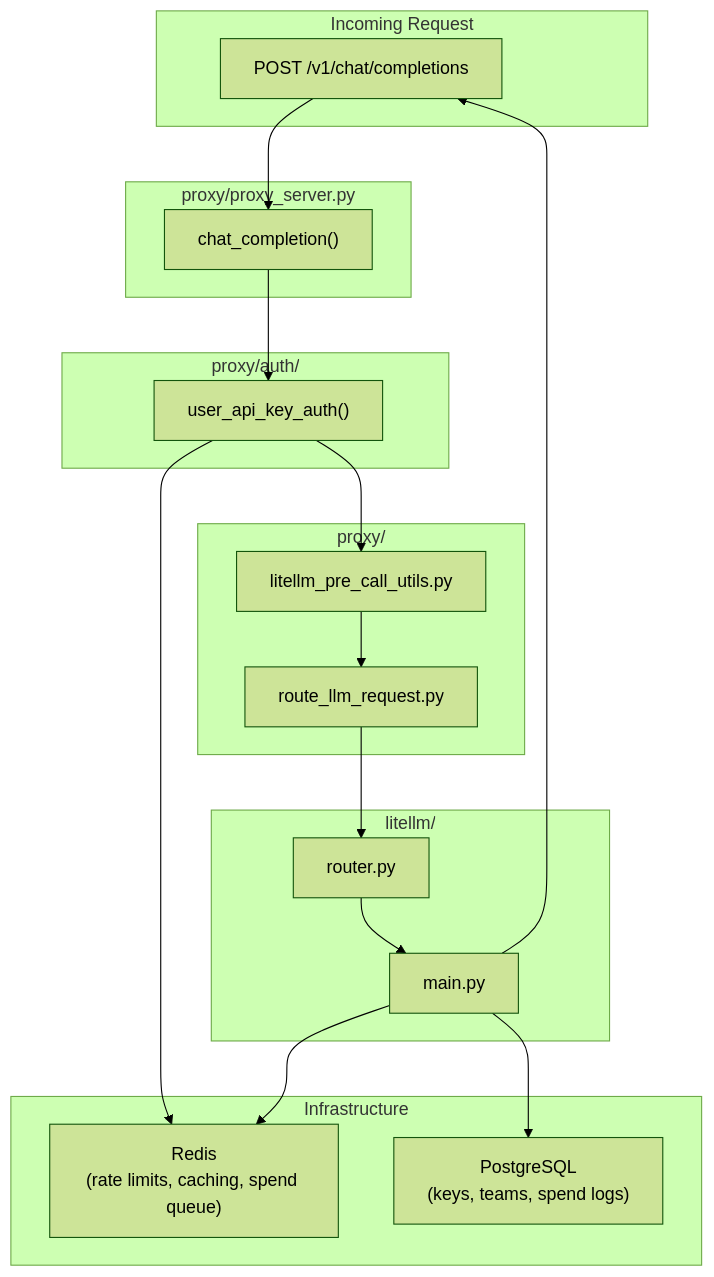
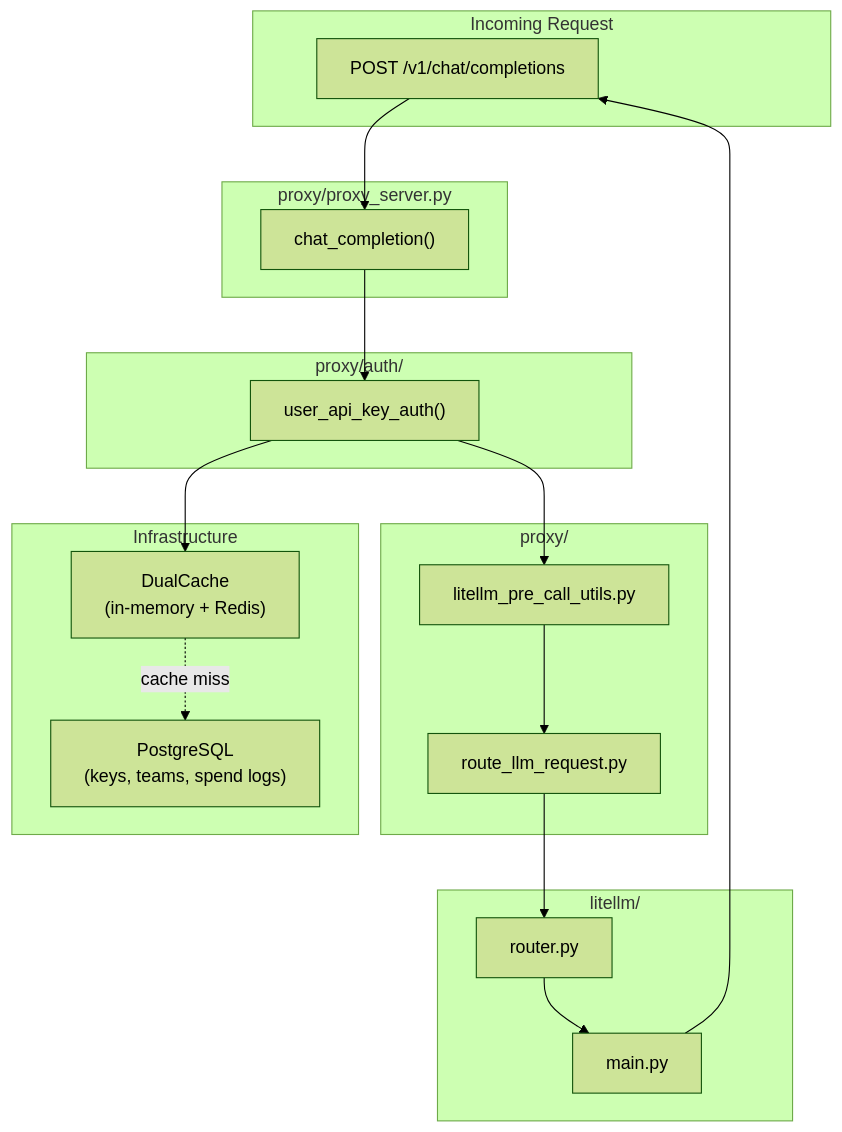
The second of 4 diagrams in ARCHITECTURE.md (BerriAI/litellm), drawn with Mermaid (forest theme) before and after one commit. The commit also changed other lines of this file, not shown here.

````diff
--- a/ARCHITECTURE.md
+++ b/ARCHITECTURE.md
@@ -70,40 +70,39 @@
 ```mermaid
 graph TD
     subgraph "Incoming Request"
         Client["POST /v1/chat/completions"]
     end
 
     subgraph "proxy/proxy_server.py"
         Endpoint["chat_completion()"]
     end
 
     subgraph "proxy/auth/"
         Auth["user_api_key_auth()"]
     end
 
     subgraph "proxy/"
         PreCall["litellm_pre_call_utils.py"]
         RouteRequest["route_llm_request.py"]
     end
 
     subgraph "litellm/"
         Router["router.py"]
         Main["main.py"]
     end
 
     subgraph "Infrastructure"
-        Redis["Redis<br/>(rate limits, caching, spend queue)"]
+        DualCache["DualCache<br/>(in-memory + Redis)"]
         Postgres["PostgreSQL<br/>(keys, teams, spend logs)"]
     end
 
     Client --> Endpoint
     Endpoint --> Auth
-    Auth --> Redis
+    Auth --> DualCache
+    DualCache -.->|cache miss| Postgres
     Auth --> PreCall
     PreCall --> RouteRequest
     RouteRequest --> Router
     Router --> Main
-    Main --> Redis
-    Main --> Postgres
     Main --> Client
 ```
````
